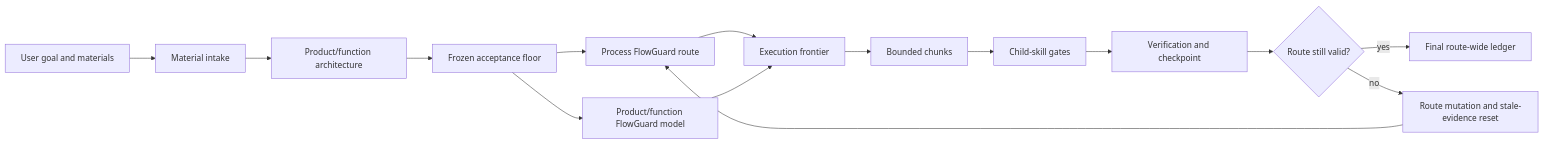
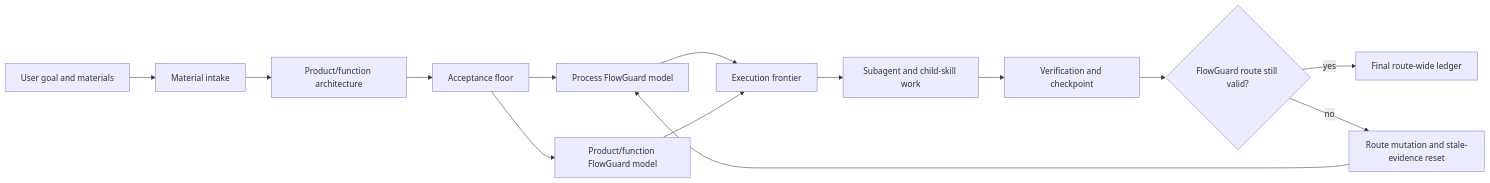
Before and after one commit to liuyingxuvka/FlowPilot: the first of 2 diagrams in README.md, drawn with Mermaid. The commit also changed other lines of this file and 2 other files, not shown here.

Commit message:
Refocus landing README on FlowGuard foundation

````diff
--- a/README.md
+++ b/README.md
@@ -84,17 +124,16 @@
 ```mermaid
 flowchart LR
   A["User goal and materials"] --> B["Material intake"]
   B --> C["Product/function architecture"]
-  C --> D["Frozen acceptance floor"]
-  D --> E["Process FlowGuard route"]
+  C --> D["Acceptance floor"]
+  D --> E["Process FlowGuard model"]
   D --> F["Product/function FlowGuard model"]
   E --> G["Execution frontier"]
   F --> G
-  G --> H["Bounded chunks"]
-  H --> I["Child-skill gates"]
-  I --> J["Verification and checkpoint"]
-  J --> K{"Route still valid?"}
-  K -- "yes" --> L["Final route-wide ledger"]
-  K -- "no" --> M["Route mutation and stale-evidence reset"]
-  M --> E
+  G --> H["Subagent and child-skill work"]
+  H --> I["Verification and checkpoint"]
+  I --> J{"FlowGuard route still valid?"}
+  J -- "yes" --> K["Final route-wide ledger"]
+  J -- "no" --> L["Route mutation and stale-evidence reset"]
+  L --> E
 ```
````
